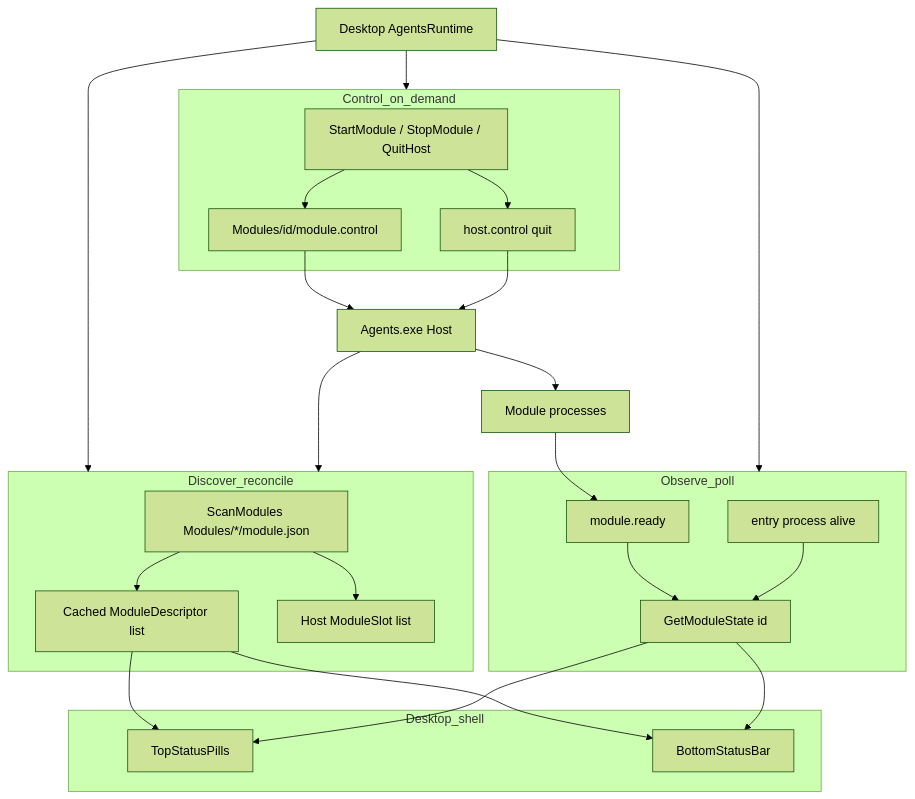
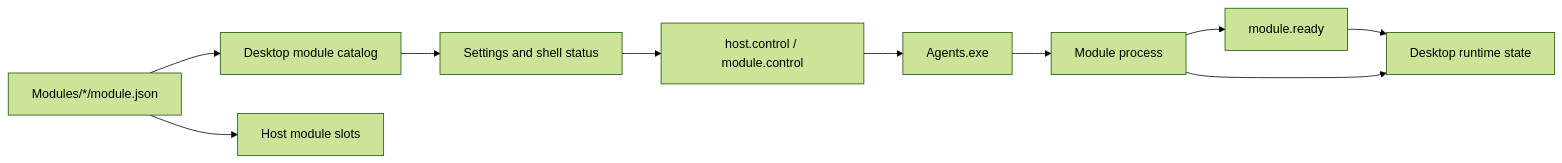
One commit to pacmandoh/pactoolkits changed the diagram in docs/architecture/agents.md. Above: the diagram before and after it, drawn with Mermaid (forest theme). The commit also changed other lines of this file and 18 other files, not shown here.

````diff
--- a/docs/architecture/agents.md
+++ b/docs/architecture/agents.md
@@ -52,44 +65,12 @@
 ```mermaid
-flowchart TB
-  subgraph discover [Discover_reconcile]
-    Scan["ScanModules Modules/*/module.json"]
-    Cache["Cached ModuleDescriptor list"]
-    HostSlots["Host ModuleSlot list"]
-    Scan --> Cache
-    Scan --> HostSlots
-  end
-
-  subgraph observe [Observe_poll]
-    Ready["module.ready"]
-    Proc["entry process alive"]
-    State["GetModuleState id"]
-    Ready --> State
-    Proc --> State
-  end
-
-  subgraph control [Control_on_demand]
-    Cmd["StartModule / StopModule / QuitHost"]
-    File["Modules/id/module.control"]
-    HostCtl["host.control quit"]
-    Cmd --> File
-    Cmd --> HostCtl
-  end
-
-  subgraph shell [Desktop_shell]
-    Pills["TopStatusPills"]
-    Bar["BottomStatusBar"]
-    Cache --> Pills
-    Cache --> Bar
-    State --> Pills
-    State --> Bar
-  end
-
-  Desktop["Desktop AgentsRuntime"] --> discover
-  Desktop --> observe
-  Desktop --> control
-  File --> Host["Agents.exe Host"]
-  HostCtl --> Host
-  Host --> discover
-  Host --> Mod["Module processes"]
-  Mod --> Ready
+flowchart LR
+  Disk["Modules/*/module.json"] --> DesktopCatalog["Desktop module catalog"]
+  Disk --> HostSlots["Host module slots"]
+  DesktopCatalog --> DesktopUI["Settings and shell status"]
+  DesktopUI --> Control["host.control / module.control"]
+  Control --> Host["Agents.exe"]
+  Host --> Module["Module process"]
+  Module --> Ready["module.ready"]
+  Ready --> DesktopState["Desktop runtime state"]
+  Module --> DesktopState
 ```
````
